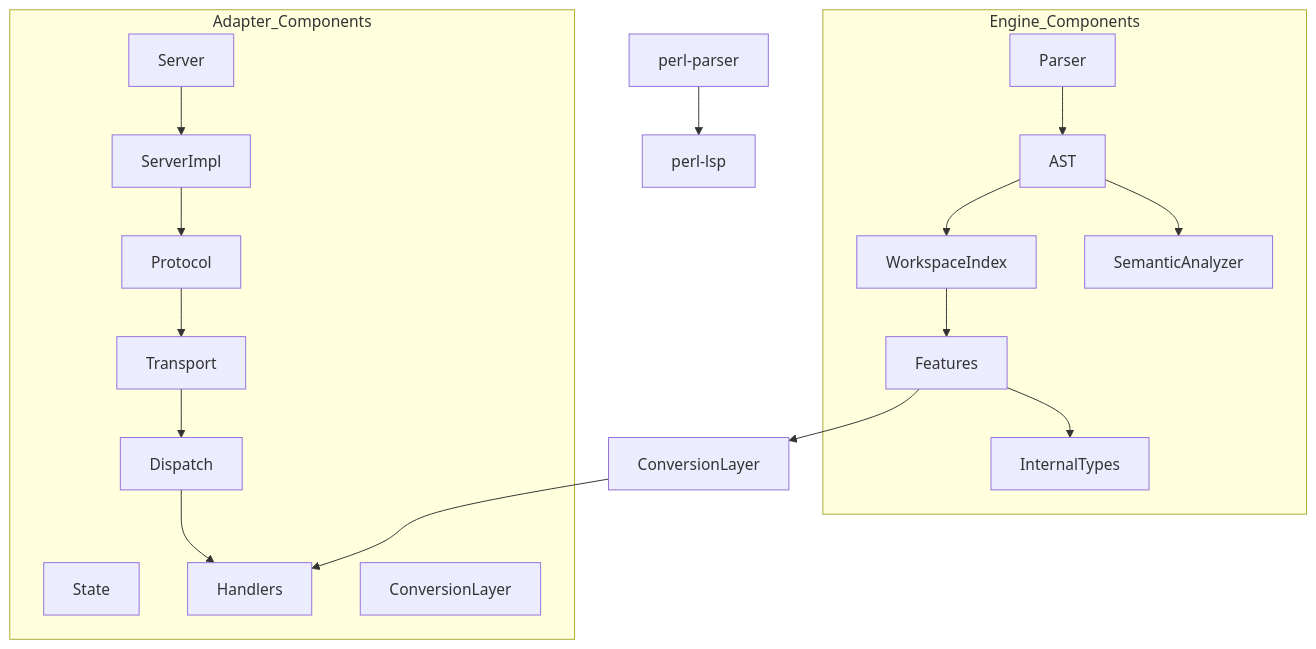
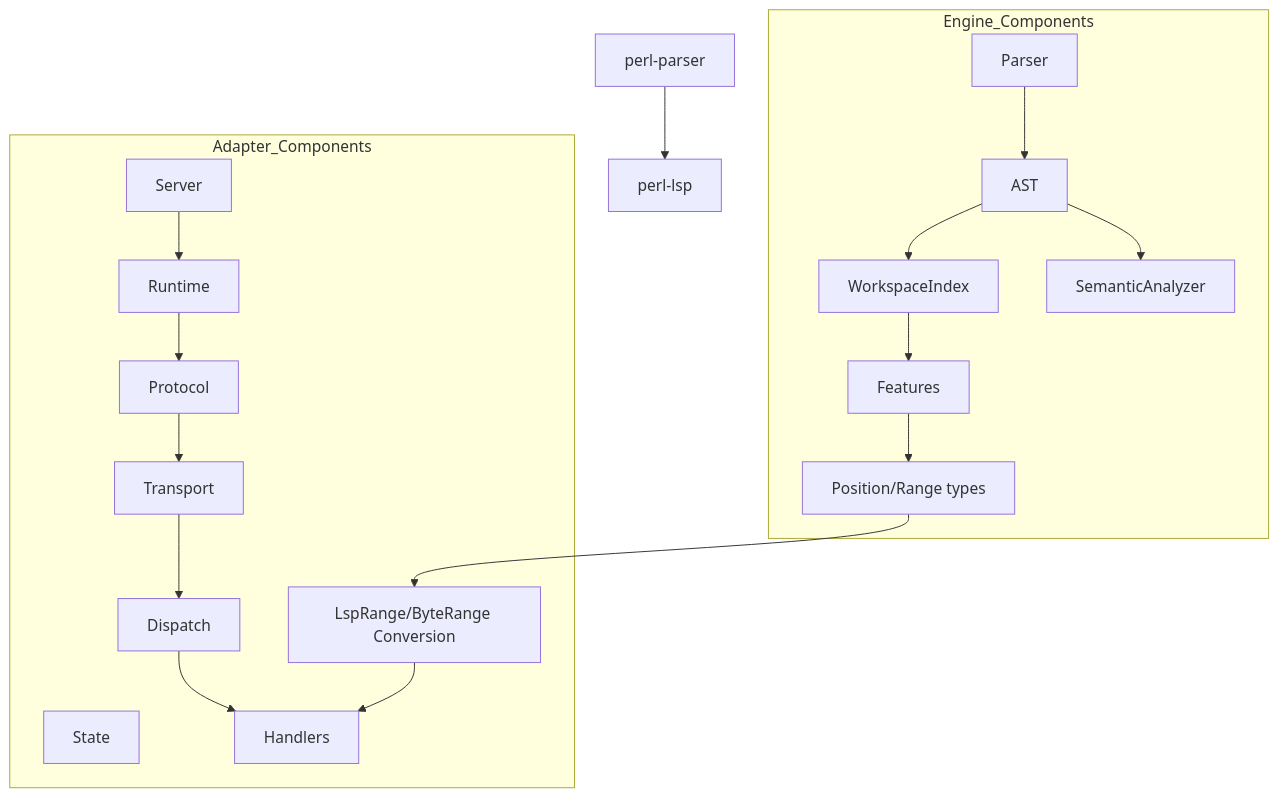
The diagram in review/engine-adapter-migration-plan.md (EffortlessMetrics/perl-lsp), drawn with Mermaid before and after one commit. The commit also changed other lines of this file and 2 other files, not shown here.

Commit message:
feat: make lsp-types optional and add lsp-compat feature for migration

````diff
--- a/review/engine-adapter-migration-plan.md
+++ b/review/engine-adapter-migration-plan.md
@@ -579,39 +648,39 @@
 ```mermaid
 graph TD
     Engine[perl-parser] --> Adapter[perl-lsp]
-    
+
     subgraph Engine_Components
         Parser[Parser]
         AST[AST]
         Index[WorkspaceIndex]
         Semantic[SemanticAnalyzer]
         Features[Features]
-        Types[InternalTypes]
+        Position[Position/Range types]
     end
-    
+
     subgraph Adapter_Components
         Server[Server]
-        Runtime[ServerImpl]
+        Runtime[Runtime]
         Protocol[Protocol]
         Transport[Transport]
         Dispatch[Dispatch]
         State[State]
         Handlers[Handlers]
-        Conversion[ConversionLayer]
+        Conversion[LspRange/ByteRange Conversion]
     end
-    
+
     Parser --> AST
     AST --> Index
     AST --> Semantic
     Index --> Features
-    Features --> Types
-    
+    Features --> Position
+
     Server --> Runtime
     Runtime --> Protocol
     Protocol --> Transport
     Transport --> Dispatch
     Dispatch --> Handlers
-    
-    Features --> ConversionLayer
-    ConversionLayer --> Handlers
+
+    Position --> Conversion
+    Conversion --> Handlers
 ```
````
